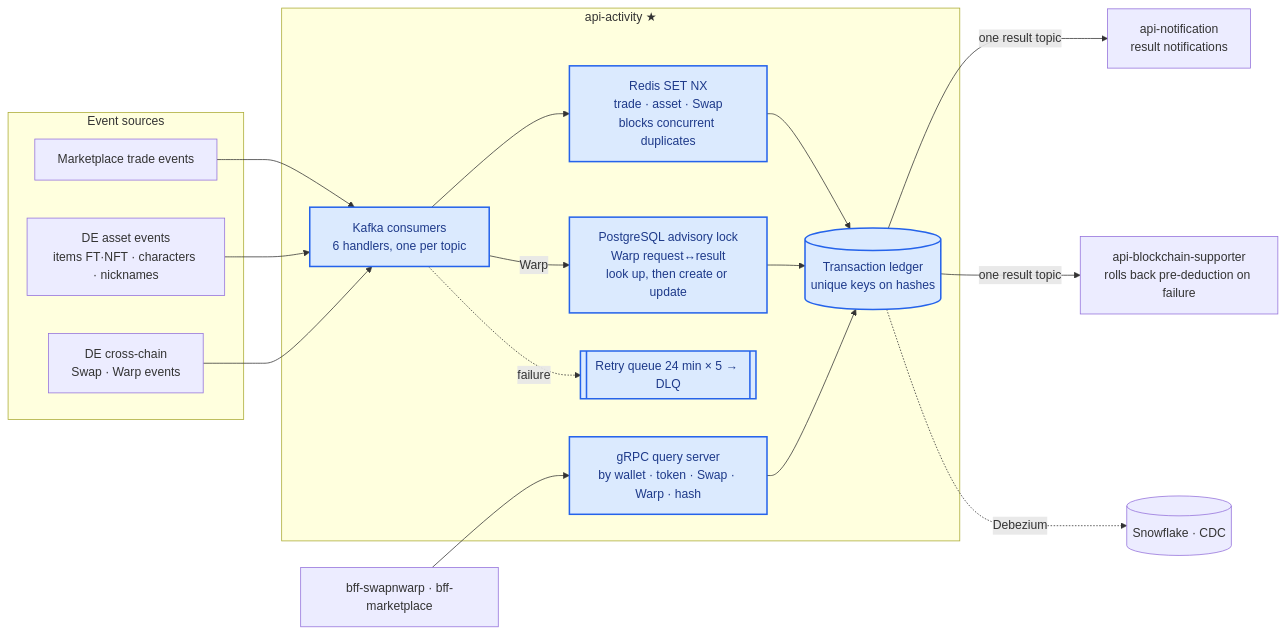
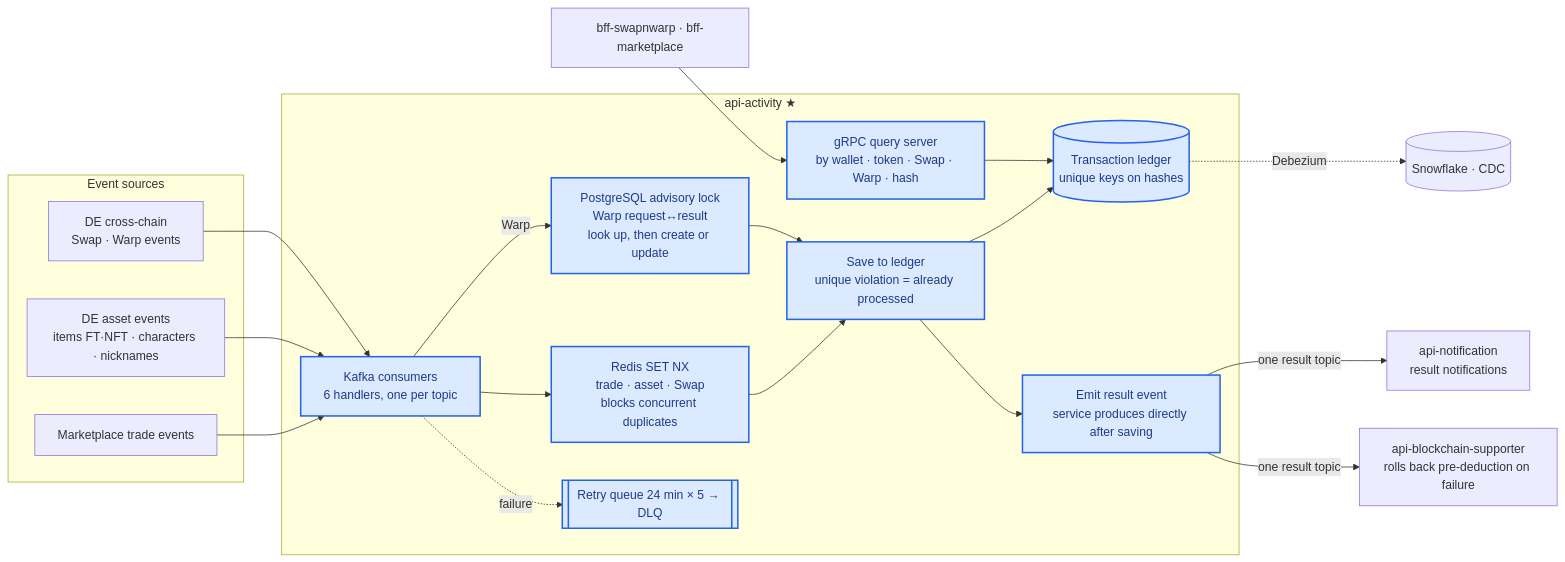
The diagram in content/diagrams/activity.en.mmd (shalwxy/career), drawn with Mermaid before and after one commit. The commit also changed 4 other files, not shown here.

```diff
--- a/content/diagrams/activity.en.mmd
+++ b/content/diagrams/activity.en.mmd
@@ -1,29 +1,33 @@
 %% title: api-activity — transaction ledger ingest · query · notify
 flowchart LR
     subgraph IN[Event sources]
         MK[Marketplace trade events]
         DE1[DE asset events<br/>items FT·NFT · characters · nicknames]
         DE2[DE cross-chain<br/>Swap · Warp events]
     end
     subgraph ACT[api-activity ★]
         C[Kafka consumers<br/>6 handlers, one per topic]
         DD[Redis SET NX<br/>trade · asset · Swap<br/>blocks concurrent duplicates]
         LK[PostgreSQL advisory lock<br/>Warp request↔result<br/>look up, then create or update]
+        W[Save to ledger<br/>unique violation = already processed]
         DB[(Transaction ledger<br/>unique keys on hashes)]
+        PUB[Emit result event<br/>service produces directly after saving]
         Q[gRPC query server<br/>by wallet · token · Swap · Warp · hash]
         RT[[Retry queue 24 min × 5 → DLQ]]
     end
     N[api-notification<br/>result notifications]
     BCS[api-blockchain-supporter<br/>rolls back pre-deduction on failure]
     B[bff-swapnwarp · bff-marketplace]
     SF[(Snowflake · CDC)]
     MK & DE1 --> C
     DE2 --> C
-    C --> DD --> DB
-    C -- Warp --> LK --> DB
+    C --> DD --> W
+    C -- Warp --> LK --> W
+    W --> DB
+    W --> PUB
     C -. failure .-> RT
-    DB -- one result topic --> N & BCS
+    PUB -- one result topic --> N & BCS
     DB -. Debezium .-> SF
     B --> Q --> DB
     classDef mine fill:#dbeafe,stroke:#2563eb,stroke-width:2px,color:#1e3a8a
-    class C,DD,LK,DB,Q,RT mine
+    class C,DD,LK,W,DB,PUB,Q,RT mine
```
